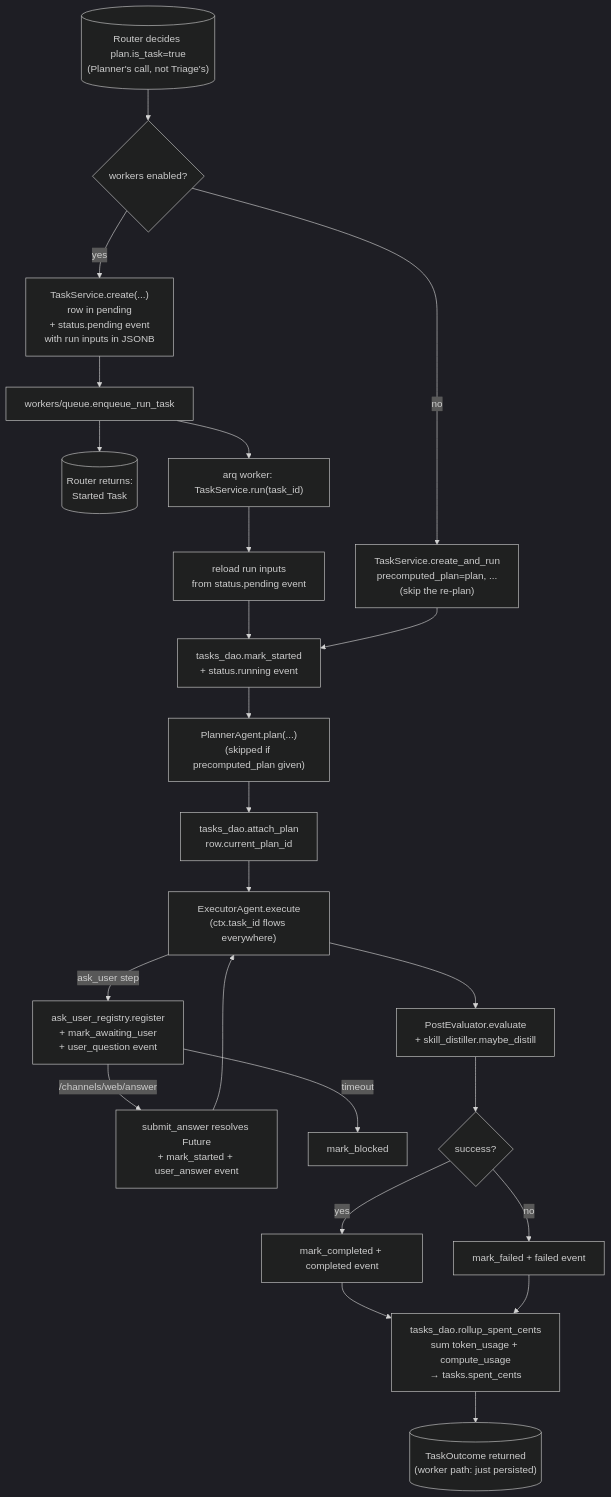
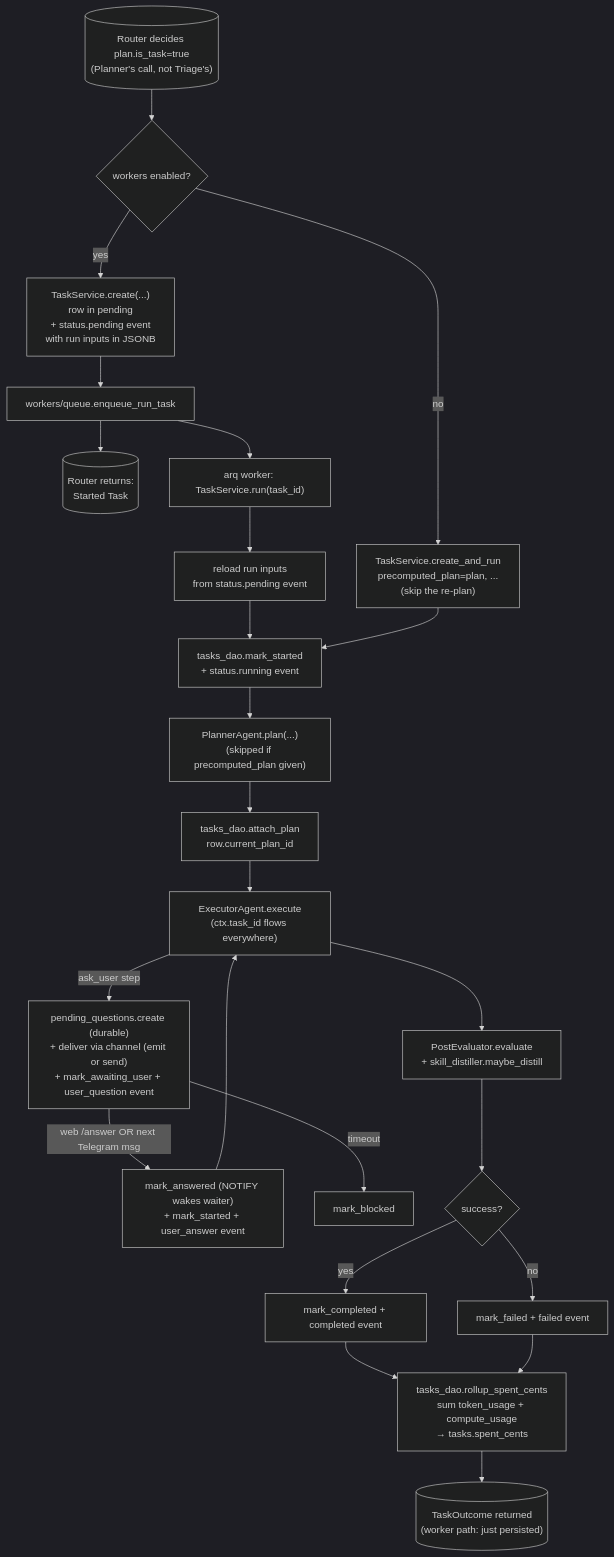
One commit to wolfpaw-ai/WolfPaw changed the diagram in src/wolfpaw/tasks/README.md. Above: the diagram before and after it, drawn with Mermaid (dark theme). The commit also changed other lines of this file and 14 other files, not shown here.

````diff
--- a/src/wolfpaw/tasks/README.md
+++ b/src/wolfpaw/tasks/README.md
@@ -15,40 +15,40 @@
 ```mermaid
 flowchart TD
     Trigger[("Router decides plan.is_task=true<br/>(Planner's call, not Triage's)")]
     Trigger --> Branch{workers enabled?}
     Branch -->|"yes"| Create["TaskService.create(...)<br/>row in pending<br/>+ status.pending event<br/>with run inputs in JSONB"]
     Branch -->|"no"| Inline["TaskService.create_and_run<br/>precomputed_plan=plan, ...<br/>(skip the re-plan)"]
     Create --> Enqueue["workers/queue.enqueue_run_task"]
     Enqueue --> Ack[("Router returns:<br/>Started Task <id>")]
     Enqueue --> Worker["arq worker: TaskService.run(task_id)"]
 
     Worker --> ReloadRun["reload run inputs<br/>from status.pending event"]
     ReloadRun --> Started["tasks_dao.mark_started<br/>+ status.running event"]
     Inline --> Started
 
     Started --> Plan["PlannerAgent.plan(...)<br/>(skipped if precomputed_plan given)"]
     Plan --> Attach["tasks_dao.attach_plan<br/>row.current_plan_id"]
     Attach --> Run["ExecutorAgent.execute<br/>(ctx.task_id flows everywhere)"]
 
-    Run -->|"ask_user step"| Wait["ask_user_registry.register<br/>+ mark_awaiting_user<br/>+ user_question event"]
-    Wait -->|"/channels/web/answer"| Resume["submit_answer resolves Future<br/>+ mark_started + user_answer event"]
+    Run -->|"ask_user step"| Wait["pending_questions.create (durable)<br/>+ deliver via channel (emit or send)<br/>+ mark_awaiting_user + user_question event"]
+    Wait -->|"web /answer OR next Telegram msg"| Resume["mark_answered (NOTIFY wakes waiter)<br/>+ mark_started + user_answer event"]
     Resume --> Run
     Wait -->|"timeout"| Blocked[mark_blocked]
 
     Run --> Score["PostEvaluator.evaluate<br/>+ skill_distiller.maybe_distill"]
     Score --> Terminal{success?}
     Terminal -->|"yes"| Done[mark_completed + completed event]
     Terminal -->|"no"| Failed[mark_failed + failed event]
     Done --> Rollup
     Failed --> Rollup
 
     Rollup["tasks_dao.rollup_spent_cents<br/>sum token_usage + compute_usage<br/>→ tasks.spent_cents"]
     Rollup --> Out[("TaskOutcome returned<br/>(worker path: just persisted)")]
 
     click Create "service.py"
     click Inline "service.py"
     click Enqueue "../workers/README.md"
     click Worker "../workers/README.md"
     click Run "../agents/README.md"
-    click Wait "ask_user_registry.py"
+    click Wait "../memory/pending_questions.py"
 ```
````
